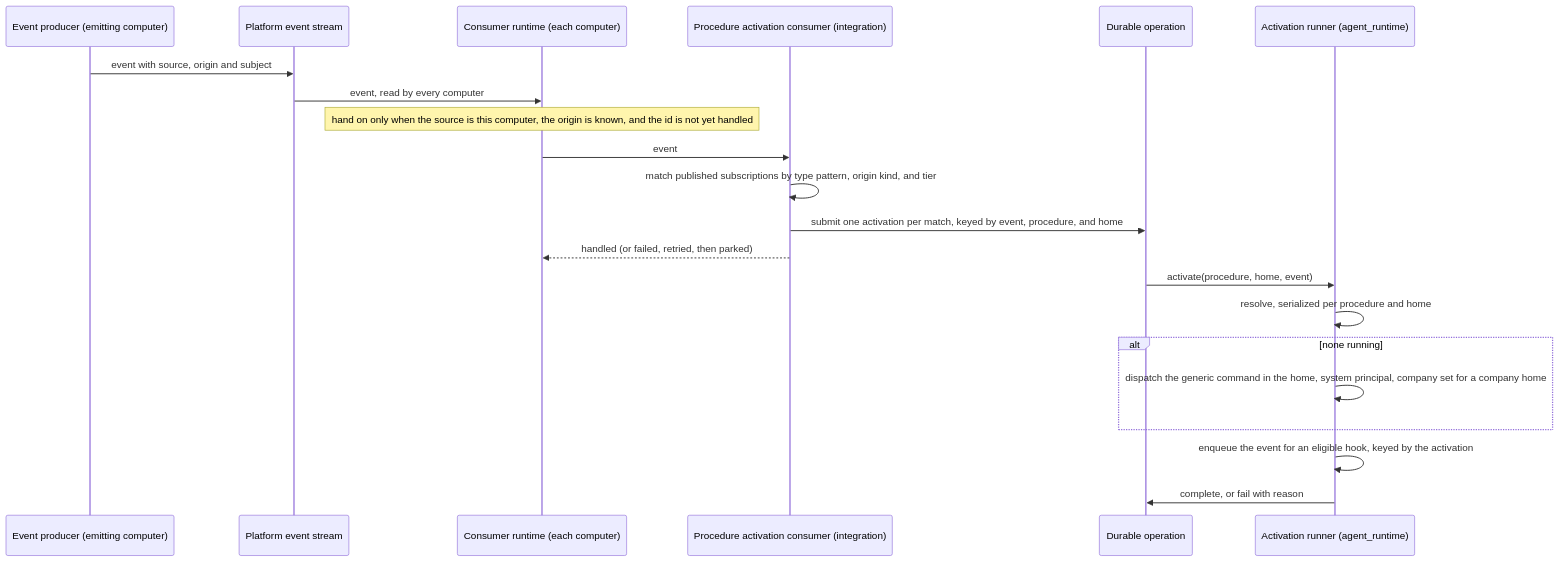
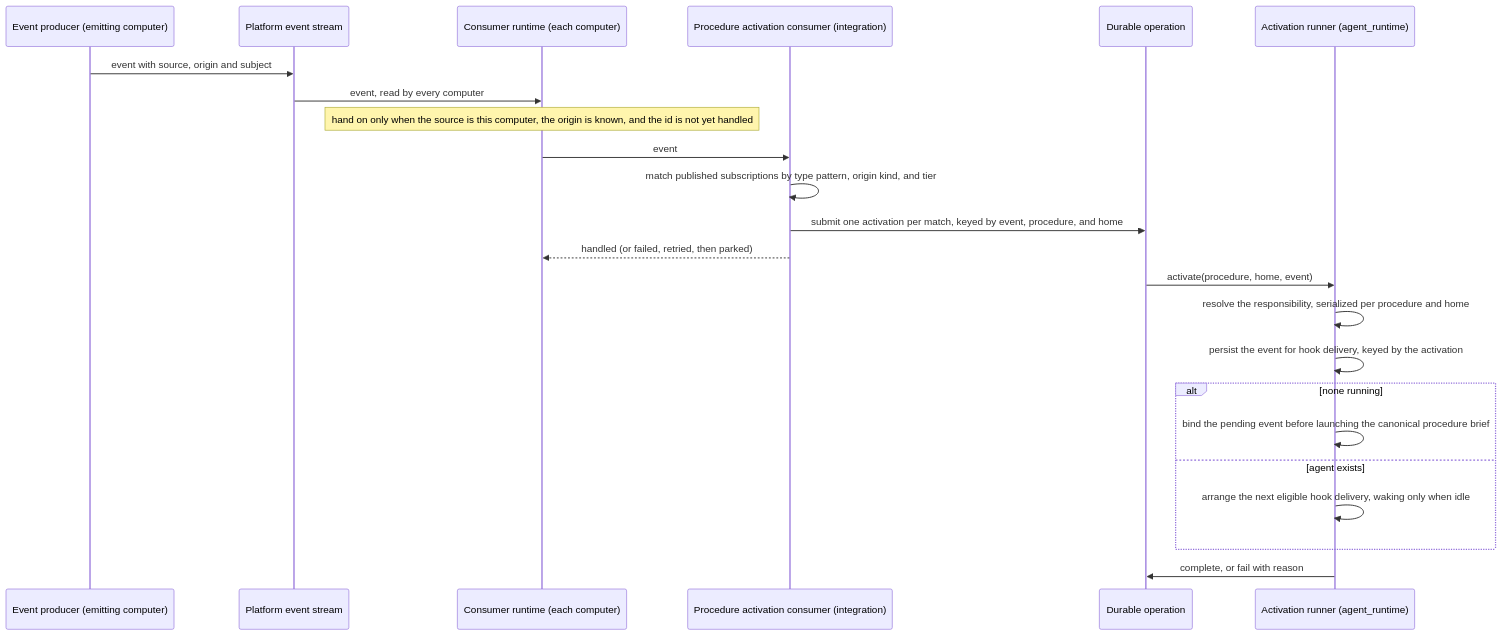
The second of 3 diagrams in docs/local/design/architecture/procedure-activation.md (InstruktAI/TeleClaude), drawn with Mermaid before and after one commit.

Commit message:
docs(procedures): order event persistence before activation bootstrap [skip ci]
🤖 Generated with [TeleClaude](https://github.com/InstruktAI/TeleClaude)

Session: 5a4ec1ec-6062-4127-b77a-58b080c8a033
Human-Involved: false

````diff
--- a/docs/local/design/architecture/procedure-activation.md
+++ b/docs/local/design/architecture/procedure-activation.md
@@ -278,24 +278,26 @@
 ```mermaid
 sequenceDiagram
     participant Prod as Event producer (emitting computer)
     participant Str as Platform event stream
     participant Rt as Consumer runtime (each computer)
     participant Act as Procedure activation consumer (integration)
     participant Op as Durable operation
     participant AR as Activation runner (agent_runtime)
 
     Prod->>Str: event with source, origin and subject
     Str->>Rt: event, read by every computer
     Note over Rt: hand on only when the source is this computer, the origin is known, and the id is not yet handled
     Rt->>Act: event
     Act->>Act: match published subscriptions by type pattern, origin kind, and tier
     Act->>Op: submit one activation per match, keyed by event, procedure, and home
     Act-->>Rt: handled (or failed, retried, then parked)
     Op->>AR: activate(procedure, home, event)
-    AR->>AR: resolve, serialized per procedure and home
+    AR->>AR: resolve the responsibility, serialized per procedure and home
+    AR->>AR: persist the event for hook delivery, keyed by the activation
     alt none running
-        AR->>AR: dispatch the generic command in the home, system principal, company set for a company home
+        AR->>AR: bind the pending event before launching the canonical procedure brief
+    else agent exists
+        AR->>AR: arrange the next eligible hook delivery, waking only when idle
     end
-    AR->>AR: enqueue the event for an eligible hook, keyed by the activation
     AR->>Op: complete, or fail with reason
 ```
````
